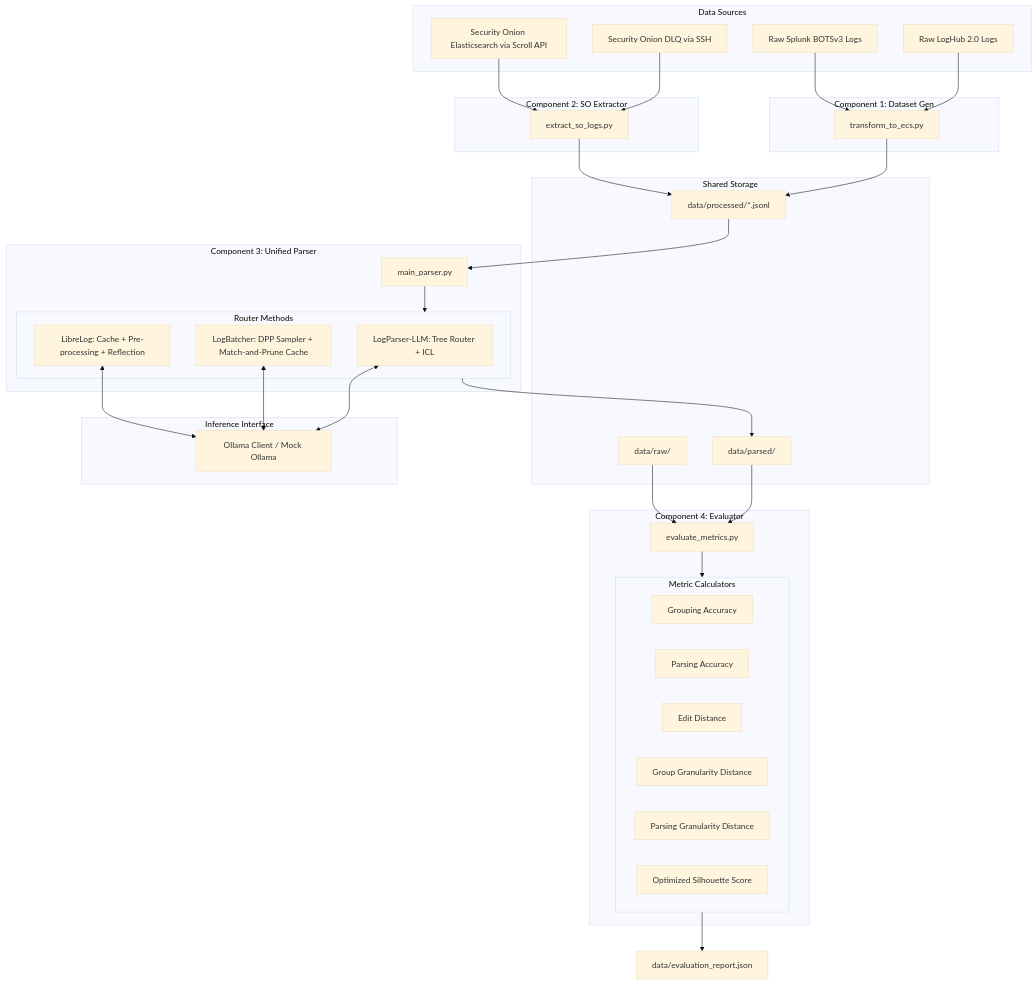
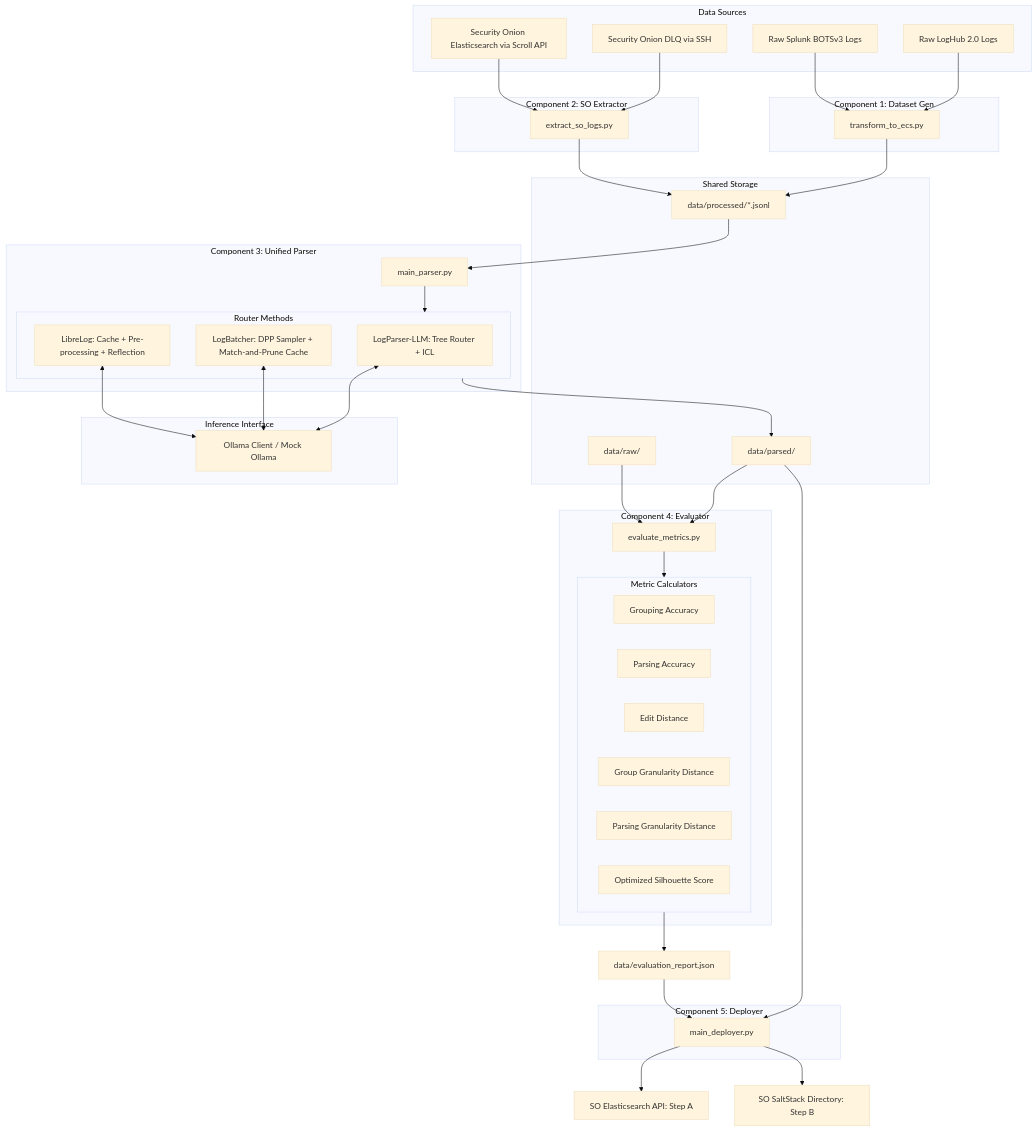
Before and after one commit to changchuhua/log-parser-pipeline: the diagram in README.md, drawn with Mermaid (base theme). The commit also changed other lines of this file and 1 other file, not shown here.

````diff
--- a/README.md
+++ b/README.md
@@ -69,7 +69,7 @@
     LL <--> Ollama
     
     RouterMethod --> Parsed
-
+    
     %% Evaluation Engine
     subgraph Component 4: Evaluator
         Eval[evaluate_metrics.py]
@@ -88,4 +88,14 @@
     Raw --> Eval
     Eval --> MetricCalculators
     MetricCalculators --> Report[data/evaluation_report.json]
+
+    %% Deployment Engine
+    subgraph Component 5: Deployer
+        Deploy[main_deployer.py]
+    end
+
+    Parsed --> Deploy
+    Report --> Deploy
+    Deploy --> SO_API[SO Elasticsearch API: Step A]
+    Deploy --> SO_Salt[SO SaltStack Directory: Step B]
 ```
````
